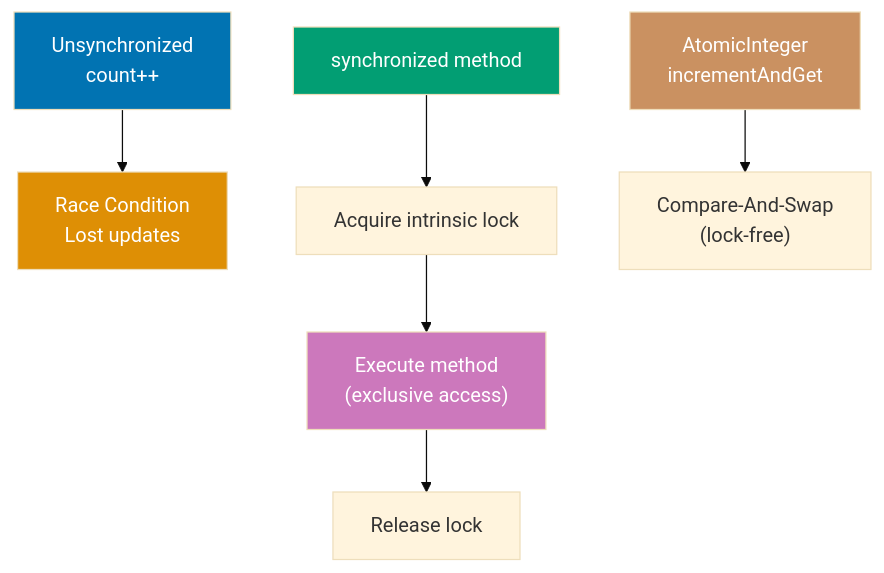
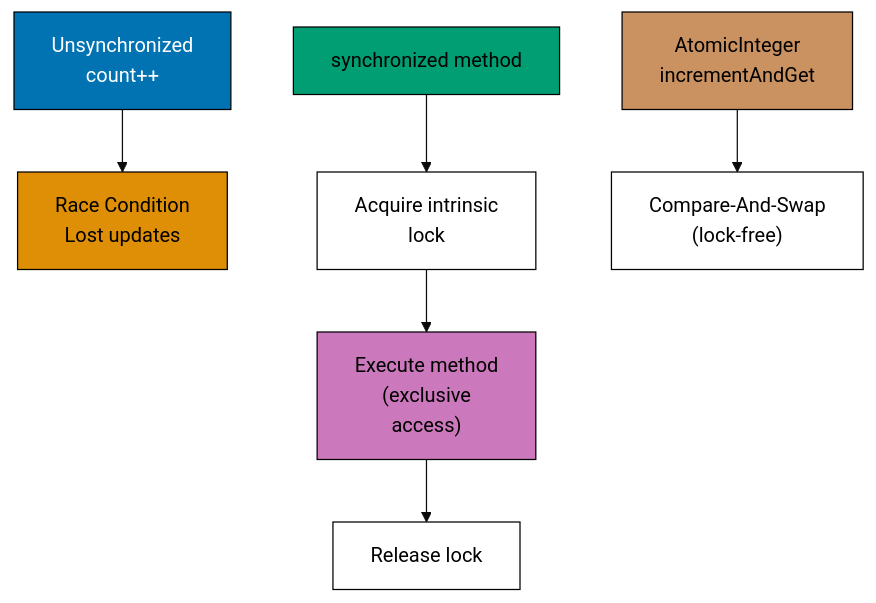
The eighth of 11 diagrams in apps/ayokoding-www/content/en/learn/legacy/software-engineering/programming-languages/java/by-example/intermediate.md (wahidyankf/ose-public), drawn with Mermaid (base theme) before and after one commit. The commit also changed other lines of this file and 112 other files, not shown here.

First line of the commit message:
fix(mermaid): bring the legacy programming-languages diagrams onto the accessible palette

````diff
--- a/apps/ayokoding-www/content/en/learn/legacy/software-engineering/programming-languages/java/by-example/intermediate.md
+++ b/apps/ayokoding-www/content/en/learn/legacy/software-engineering/programming-languages/java/by-example/intermediate.md
@@ -1848,17 +1901,25 @@
 ```mermaid
 %% Color Palette: Blue #0173B2, Orange #DE8F05, Teal #029E73, Purple #CC78BC, Brown #CA9161
 graph TD
+    accTitle: Example 50: Synchronization and Thread Safety
+    accDescr: Graph with 8 nodes and 5 connections. Nodes: Unsynchronized count++, Race Condition Lost updates, synchronized method, Acquire intrinsic lock, Execute method 40exclusive access41, Release lock, AtomicInteger incrementAndGet, Compare-And-Swap 40lock-free41. Connections: Unsynchronized count++ to Race Condition Lost updates, synchronized method to Acquire intrinsic lock, Acquire intrinsic lock to Execute method 40exclusive access41, Execute method 40exclusive access41 to Release lock, AtomicInteger incrementAndGet to Compare-And-Swap 40lock-free41.
     Unsafe["Unsynchronized<br/>count++"] --> Race["Race Condition<br/>Lost updates"]
 
-    Sync["synchronized method"] --> Lock["Acquire intrinsic lock"]
-    Lock --> Execute["Execute method<br/>#40;exclusive access#41;"]
+    Sync["synchronized method"] --> Lock["Acquire intrinsic<br/>lock"]
+    Lock --> Execute["Execute method<br/>#40;exclusive<br/>access#41;"]
     Execute --> Unlock["Release lock"]
 
     Atomic["AtomicInteger<br/>incrementAndGet"] --> CAS["Compare-And-Swap<br/>#40;lock-free#41;"]
 
-    style Unsafe fill:#0173B2,color:#fff
-    style Race fill:#DE8F05,color:#fff
-    style Sync fill:#029E73,color:#fff
-    style Execute fill:#CC78BC,color:#fff
-    style Atomic fill:#CA9161,color:#fff
+    classDef pal-0173B2 fill:#0173B2,stroke:#000000,color:#FFFFFF
+    class Unsafe pal-0173B2
+    classDef pal-DE8F05 fill:#DE8F05,stroke:#000000,color:#000000
+    class Race pal-DE8F05
+    classDef pal-029E73 fill:#029E73,stroke:#000000,color:#000000
+    class Sync pal-029E73
+    classDef pal-CC78BC fill:#CC78BC,stroke:#000000,color:#000000
+    class Execute pal-CC78BC
+    classDef pal-CA9161 fill:#CA9161,stroke:#000000,color:#000000
+    class Atomic pal-CA9161
+    classDef default fill:#FFFFFF,stroke:#000000,color:#000000
 ```
````
